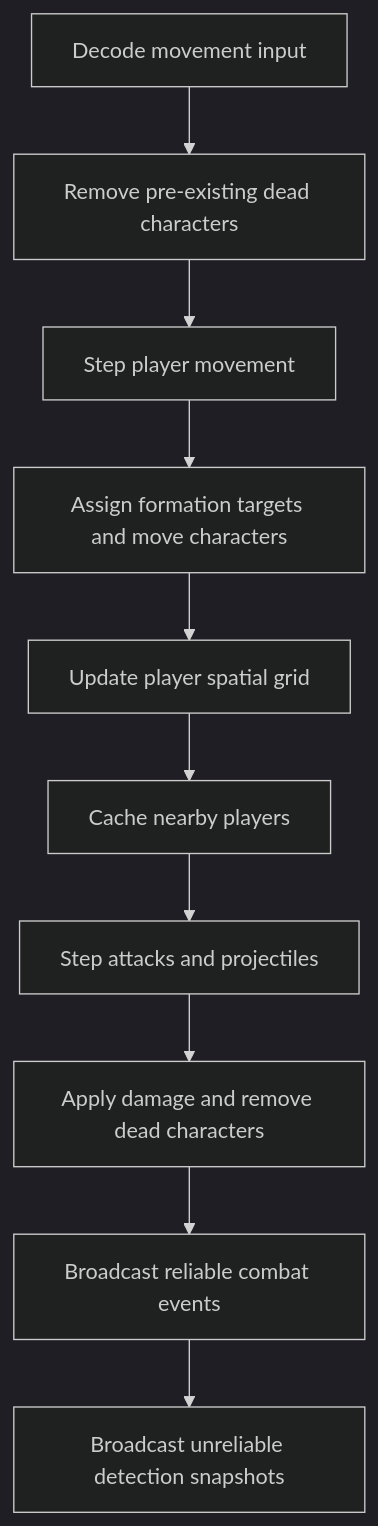
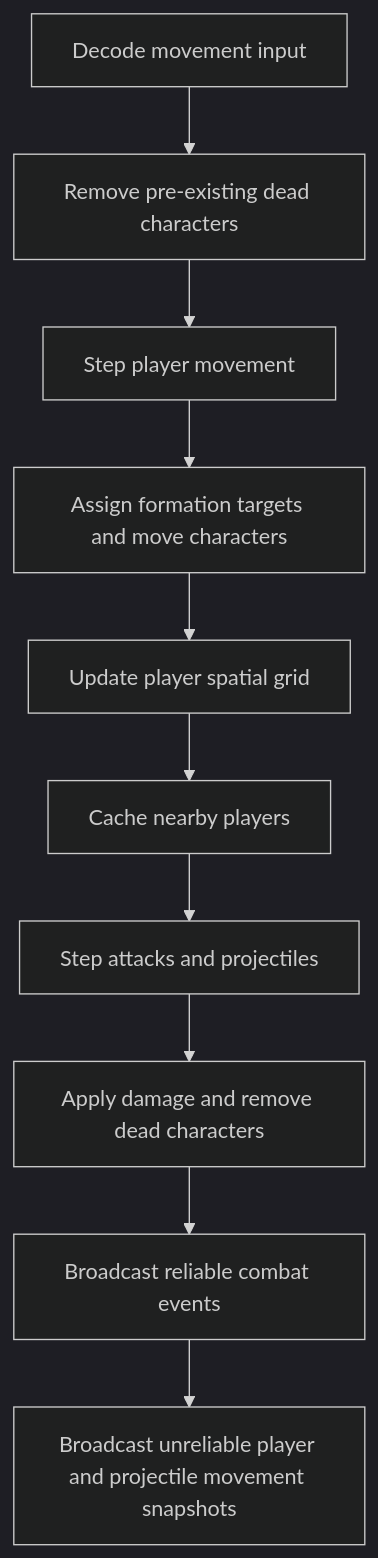
One commit to Zeal-Games-Studio-Development/squad-survival-server changed the diagram in docs/architecture.md. Above: the diagram before and after it, drawn with Mermaid (dark theme). The commit also changed 31 other files, not shown here.

````diff
--- a/docs/architecture.md
+++ b/docs/architecture.md
@@ -32,12 +32,12 @@
 ```mermaid
 flowchart TD
     A[Decode movement input] --> B[Remove pre-existing dead characters]
     B --> C[Step player movement]
     C --> D[Assign formation targets and move characters]
     D --> E[Update player spatial grid]
     E --> F[Cache nearby players]
     F --> G[Step attacks and projectiles]
     G --> H[Apply damage and remove dead characters]
     H --> I[Broadcast reliable combat events]
-    I --> J[Broadcast unreliable detection snapshots]
+    I --> J[Broadcast unreliable player and projectile movement snapshots]
 ```
````
